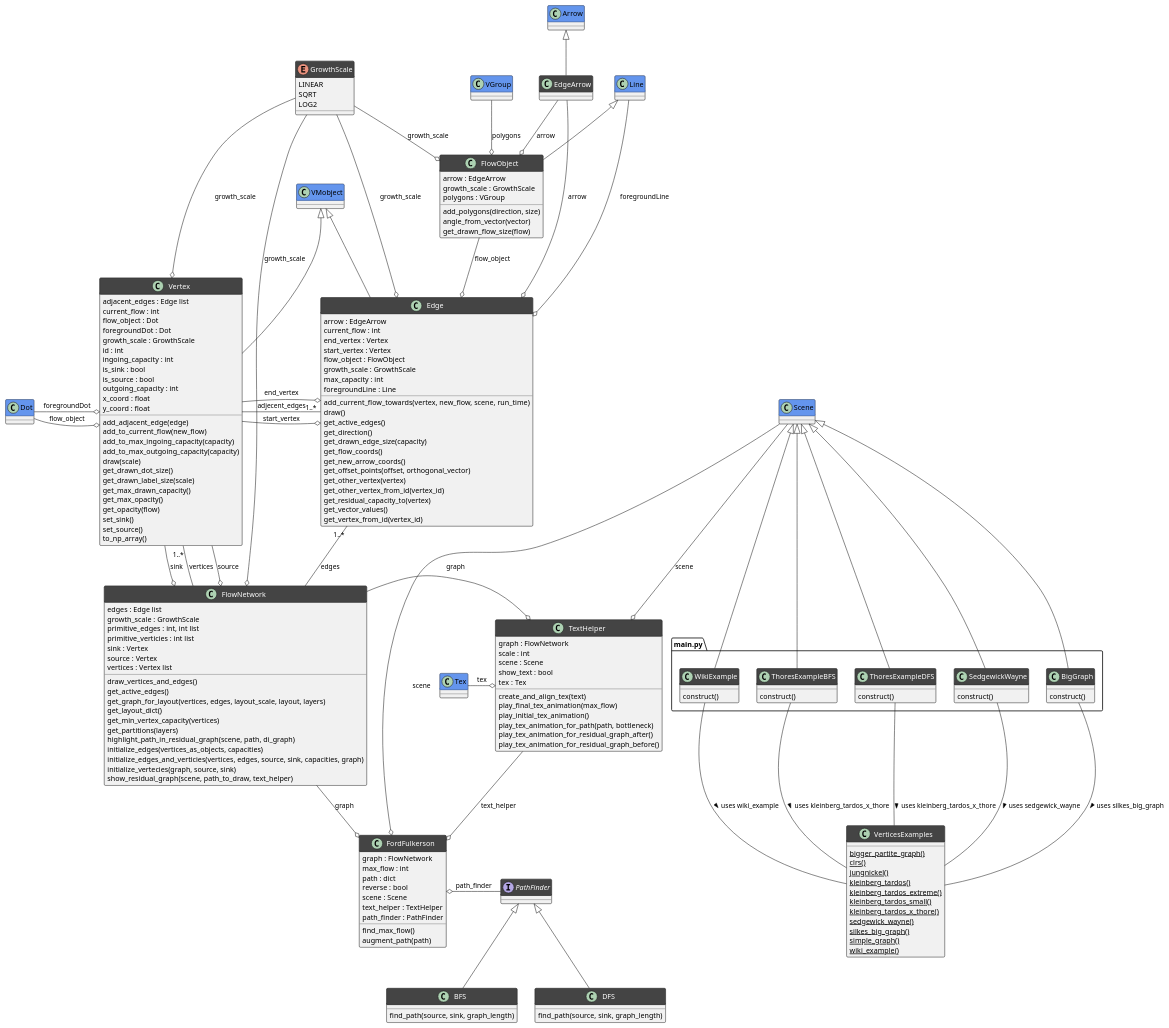
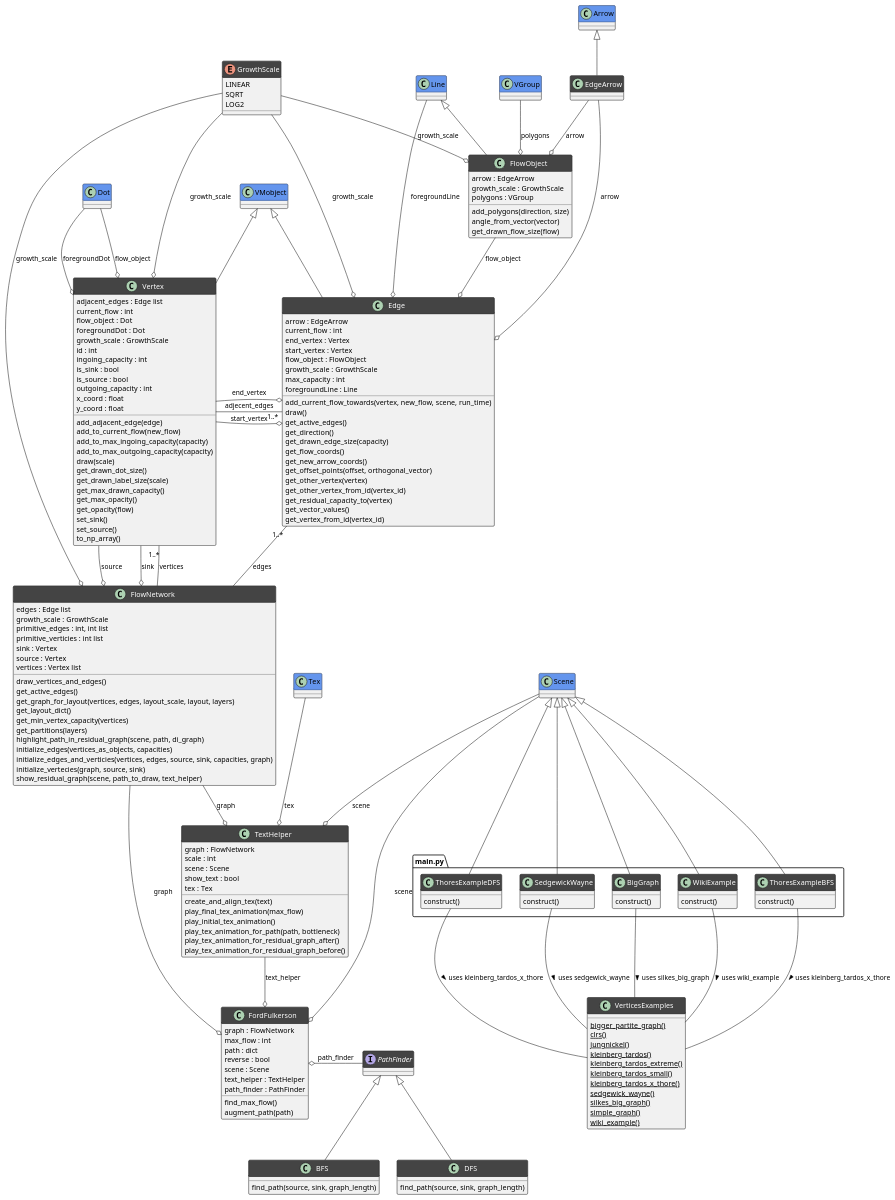
Before and after one commit to rakulmaria/bachelor-spring-24: the diagram in classesDiagram.puml, drawn with PlantUML.

Commit message:
maybe this

```diff
--- a/classesDiagram.puml
+++ b/classesDiagram.puml
@@ -189,17 +189,17 @@
 PathFinder <|-- BFS
 PathFinder <|-- DFS
 VGroup --o FlowObject : polygons
-Dot -o Vertex : foregroundDot
-Dot -o Vertex : flow_object
+Dot --o Vertex : foregroundDot
+Dot --o Vertex : flow_object
 Line --o Edge : foregroundLine
-Tex -o TextHelper : tex
+Tex --o TextHelper : tex
 Edge "1..*" -- FlowNetwork : edges
 Vertex "1..*" -- FlowNetwork : vertices
 EdgeArrow --o Edge : arrow
 EdgeArrow --o FlowObject : arrow
 FlowObject --o Edge : flow_object
 TextHelper --o FordFulkerson : text_helper
-FlowNetwork -r-o TextHelper : graph
+FlowNetwork --o TextHelper : graph
 Scene --o FordFulkerson : scene
 FlowNetwork --o FordFulkerson : graph
 Scene --o TextHelper : scene
```
